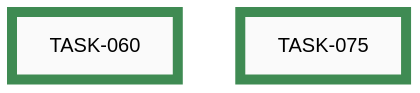
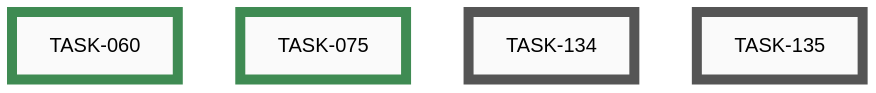
Before and after one commit to tgd1975/CircuitSmith: diagram 15 of 15 in docs/developers/tasks/EPICS.md, drawn with Mermaid (neutral theme). The commit also changed other lines of this file and 35 other files, not shown here.

````diff
--- a/docs/developers/tasks/EPICS.md
+++ b/docs/developers/tasks/EPICS.md
@@ -967,16 +967,20 @@
 ```mermaid
 graph LR
+    TASK_134["TASK-134"]:::open
+    TASK_135["TASK-135"]:::open
     TASK_060["TASK-060"]:::closed
     TASK_075["TASK-075"]:::closed
-    TASK_060 ~~~ TASK_075
+    TASK_060 ~~~ TASK_075 ~~~ TASK_134 ~~~ TASK_135
+    click TASK_134 "open/task-134-fixtures-for-untriggered-erc-schema-checks.md"
+    click TASK_135 "open/task-135-property-based-tests-router-and-netgraph.md"
     click TASK_060 "closed/task-060-autonomous-implementation-mode.md"
     click TASK_075 "closed/task-075-fix-idea-skill-template-markdownlint.md"
     classDef open    fill:#FAFAFA,stroke:#555,stroke-width:8px,color:#000
     classDef active  fill:#FAFAFA,stroke:#1A6FA8,stroke-width:8px,color:#000
     classDef closed  fill:#FAFAFA,stroke:#3F8B53,stroke-width:8px,color:#000
     classDef paused  fill:#FAFAFA,stroke:#B07810,stroke-width:8px,color:#000
     classDef openExt    fill:#000,stroke:#888,stroke-width:8px,color:#FFF
     classDef activeExt  fill:#000,stroke:#3FA9F5,stroke-width:8px,color:#FFF
     classDef closedExt  fill:#000,stroke:#7CC68A,stroke-width:8px,color:#FFF
     classDef pausedExt  fill:#000,stroke:#F0B030,stroke-width:8px,color:#FFF
 ```
````
